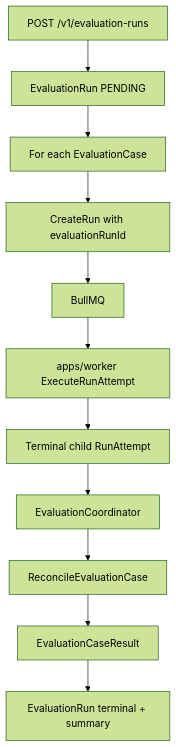
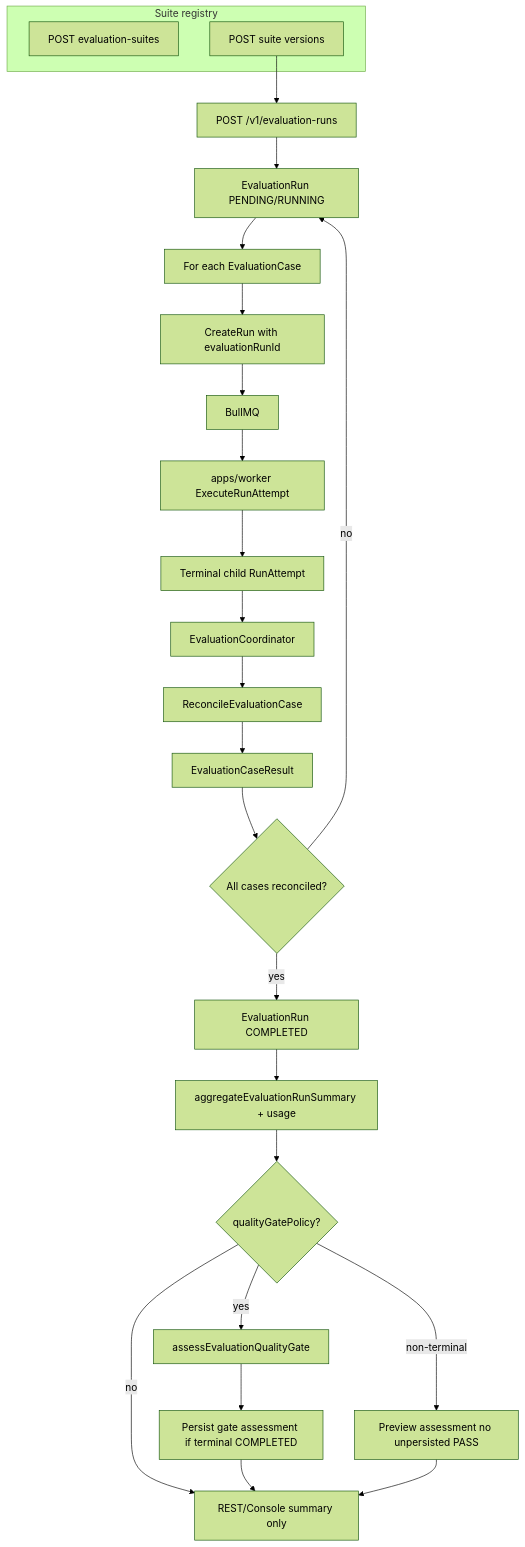
Before and after one commit to Osva-AI/osva: the diagram in docs/architecture/flows/evaluation-run.md, drawn with Mermaid (forest theme). The commit also changed other lines of this file and 8 other files, not shown here.

````diff
--- a/docs/architecture/flows/evaluation-run.md
+++ b/docs/architecture/flows/evaluation-run.md
@@ -57,13 +129,28 @@
 ```mermaid
 flowchart TD
-  API[POST /v1/evaluation-runs] --> ER[EvaluationRun PENDING]
+  subgraph registry [Suite registry]
+    CS[POST evaluation-suites]
+    CV[POST suite versions]
+  end
+  API[POST /v1/evaluation-runs] --> ER[EvaluationRun PENDING/RUNNING]
+  CV --> API
   ER --> Cases[For each EvaluationCase]
   Cases --> CR[CreateRun with evaluationRunId]
   CR --> BQ[BullMQ]
   BQ --> Worker[apps/worker ExecuteRunAttempt]
   Worker --> Terminal[Terminal child RunAttempt]
   Terminal --> EC[EvaluationCoordinator]
   EC --> REC[ReconcileEvaluationCase]
   REC --> ECR[EvaluationCaseResult]
-  ECR --> ERDone[EvaluationRun terminal + summary]
+  ECR --> AllDone{All cases reconciled?}
+  AllDone -->|yes| ERDone[EvaluationRun COMPLETED]
+  AllDone -->|no| ER
+  ERDone --> Sum[aggregateEvaluationRunSummary + usage]
+  Sum --> Gate{qualityGatePolicy?}
+  Gate -->|no| Out[REST/Console summary only]
+  Gate -->|yes| Assess[assessEvaluationQualityGate]
+  Assess --> Persist[Persist gate assessment if terminal COMPLETED]
+  Persist --> Out
+  Gate -->|non-terminal| Preview[Preview assessment no unpersisted PASS]
+  Preview --> Out
 ```
````
